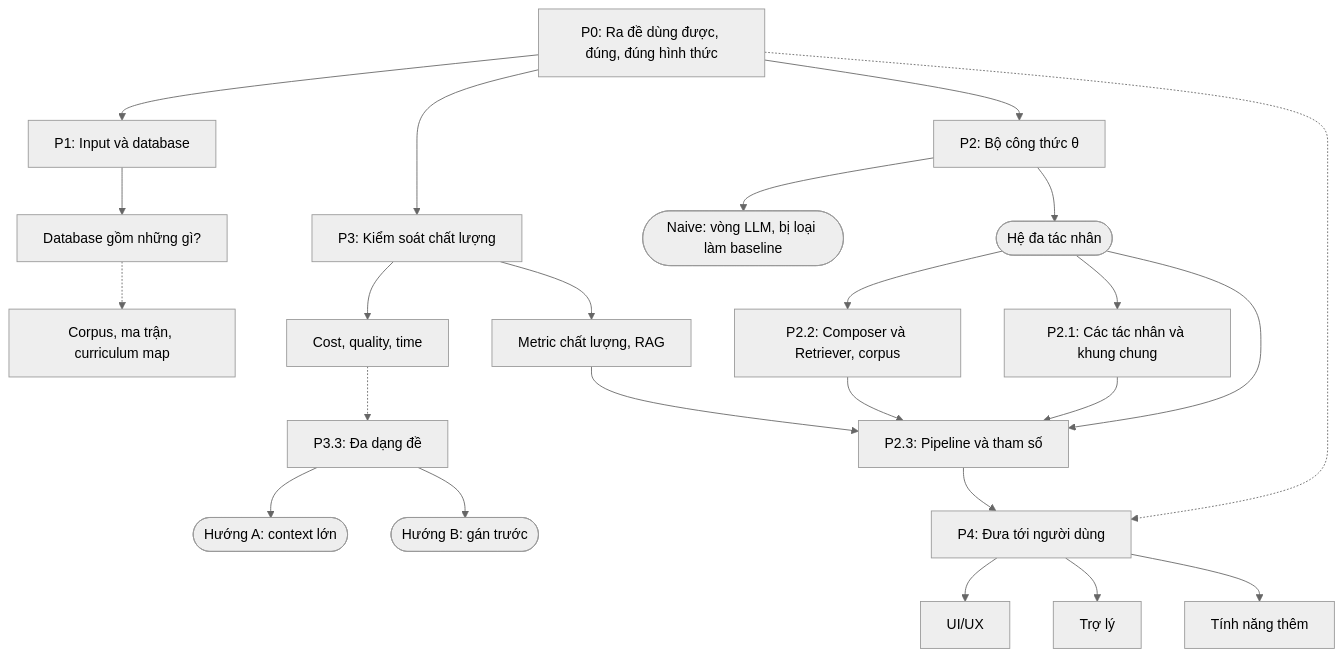
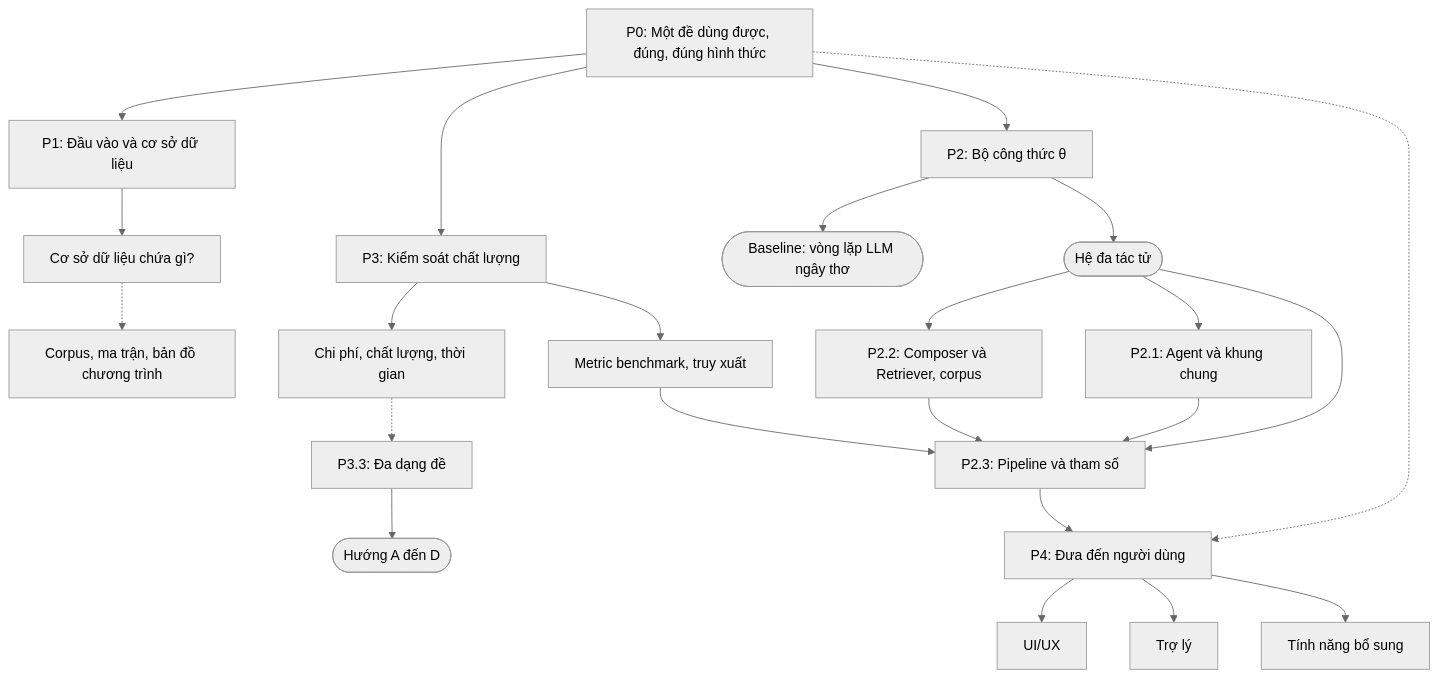
Before and after one commit to ndmhuy/ASTRA: diagram 16 of 16 in docs/ct-slide-plan.md, drawn with Mermaid (neutral theme). The commit also changed other lines of this file and 1 other file, not shown here.

````diff
--- a/docs/ct-slide-plan.md
+++ b/docs/ct-slide-plan.md
@@ -777,32 +658,31 @@
 ```mermaid
 flowchart TD
-    P0["P0: Ra đề dùng được, đúng, đúng hình thức"]
-    P1["P1: Input và database"]
+    P0["P0: Một đề dùng được, đúng, đúng hình thức"]
+    P1["P1: Đầu vào và cơ sở dữ liệu"]
     P2["P2: Bộ công thức θ"]
     P3["P3: Kiểm soát chất lượng"]
     P0 --> P1
     P0 --> P2
     P0 --> P3
 
-    P1 --> P11["Database gồm những gì?"]
-    P11 -.-> P111["Corpus, ma trận, curriculum map"]
-    P2 --> S2a(["Naive: vòng LLM, bị loại làm baseline"])
-    P2 --> S2b(["Hệ đa tác nhân"])
-    S2b --> P21["P2.1: Các tác nhân và khung chung"]
+    P1 --> P11["Cơ sở dữ liệu chứa gì?"]
+    P11 -.-> P111["Corpus, ma trận, bản đồ chương trình"]
+    P2 --> S2a(["Baseline: vòng lặp LLM ngây thơ"])
+    P2 --> S2b(["Hệ đa tác tử"])
+    S2b --> P21["P2.1: Agent và khung chung"]
     S2b --> P22["P2.2: Composer và Retriever, corpus"]
     S2b --> P23["P2.3: Pipeline và tham số"]
-    P3 --> P31["Metric chất lượng, RAG"]
-    P3 --> P32["Cost, quality, time"]
+    P3 --> P31["Metric benchmark, truy xuất"]
+    P3 --> P32["Chi phí, chất lượng, thời gian"]
     P32 -.-> P33["P3.3: Đa dạng đề"]
-    P33 --> P33a(["Hướng A: context lớn"])
-    P33 --> P33b(["Hướng B: gán trước"])
+    P33 --> P33a(["Hướng A đến D"])
 
-    P0 -.-> PX["P4: Đưa tới người dùng"]
+    P0 -.-> PX["P4: Đưa đến người dùng"]
     PX --> P41["UI/UX"]
     PX --> P42["Trợ lý"]
-    PX --> P43["Tính năng thêm"]
+    PX --> P43["Tính năng bổ sung"]
     P23 --> PX
     P21 --> P23
     P22 --> P23
     P31 --> P23
 ```
````
